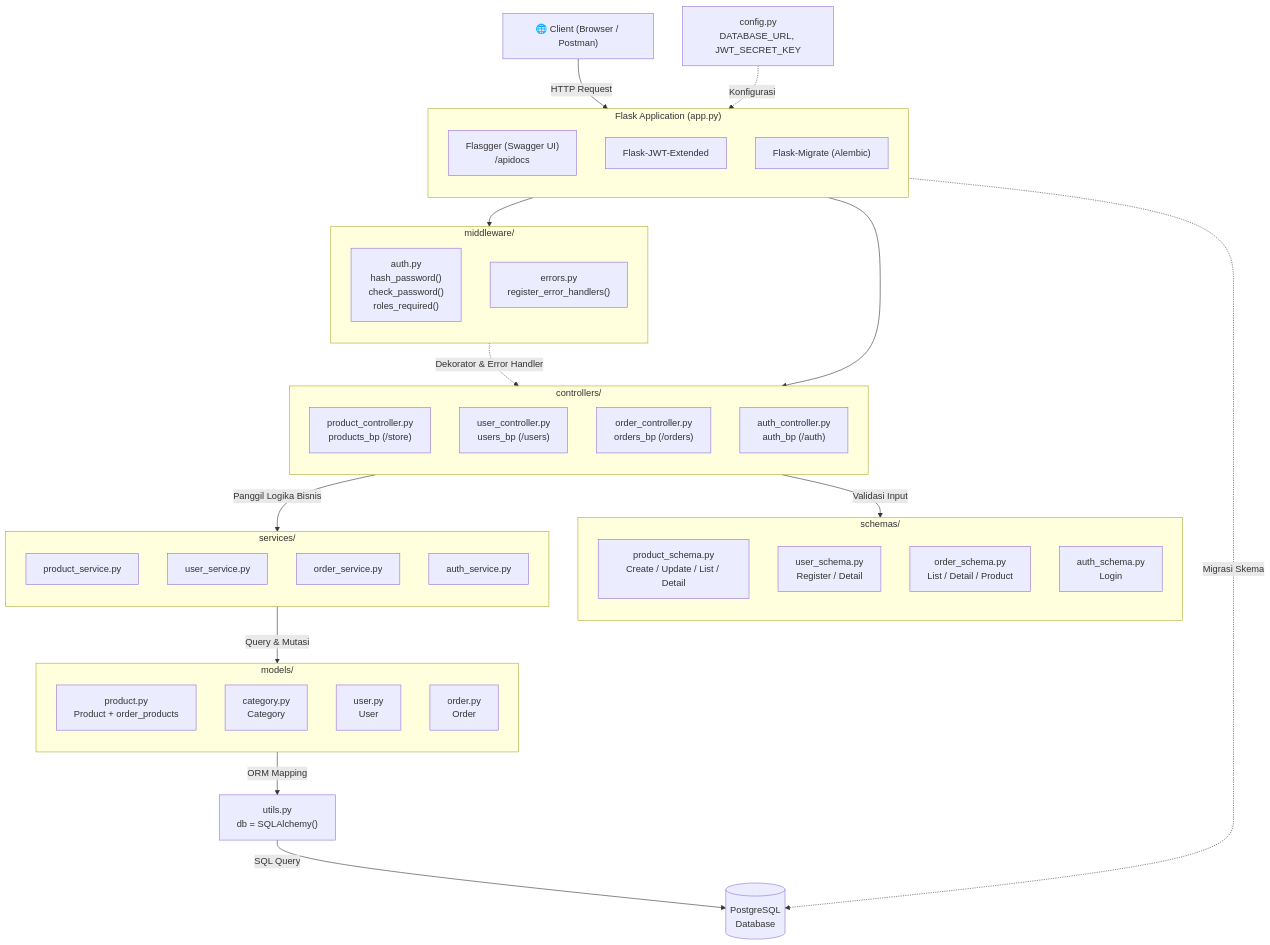
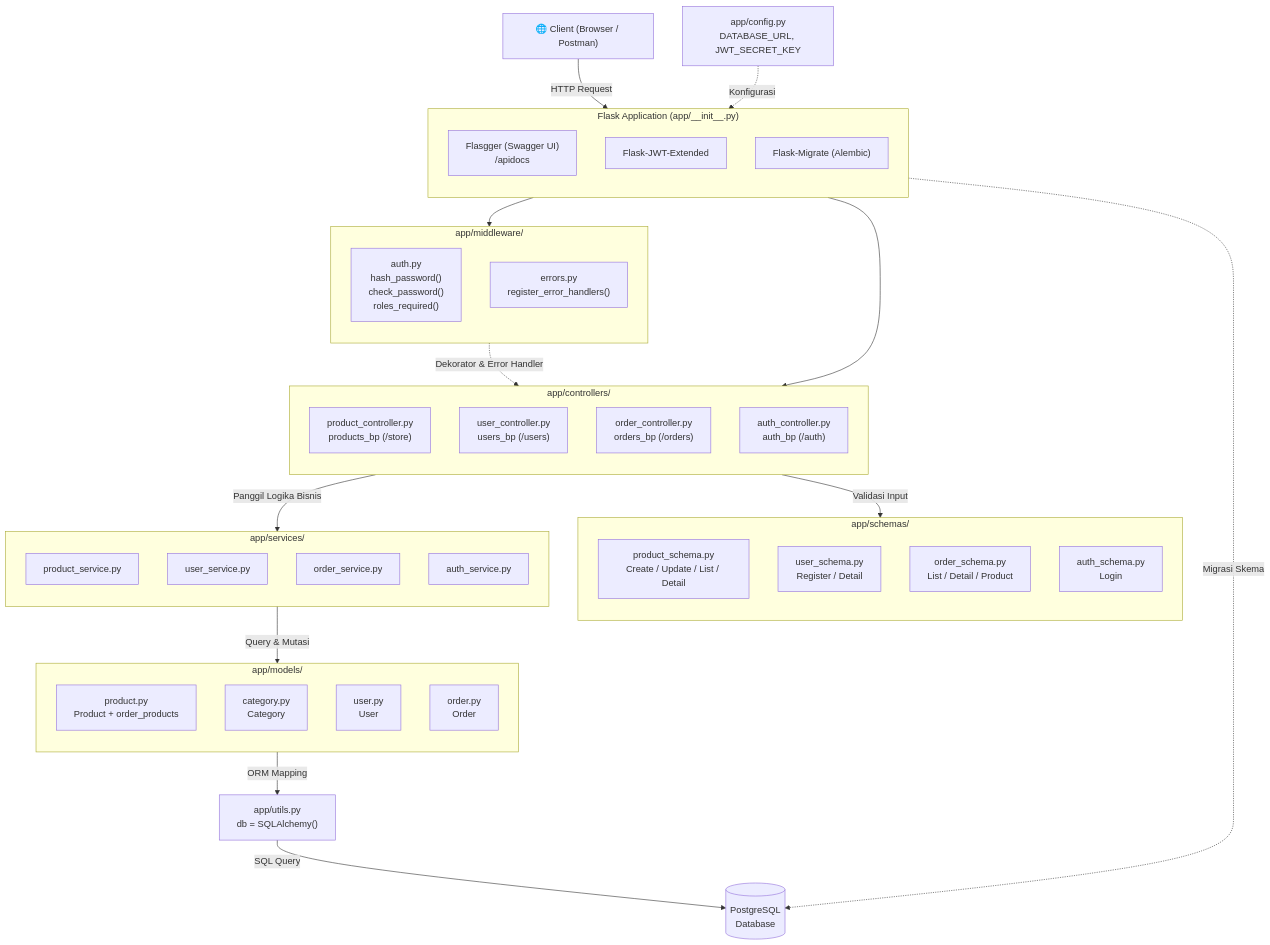
Before and after one commit to dre21/sample-python-flask: the diagram in doc/architecture.md, drawn with Mermaid. The commit also changed other lines of this file and 10 other files, not shown here.

Commit message:
doc: update all documentation after moving flask app files into app folder

````diff
--- a/doc/architecture.md
+++ b/doc/architecture.md
@@ -5,82 +5,82 @@
 ```mermaid
 graph TD
     %% Client Layer
     Client["🌐 Client (Browser / Postman)"]
 
     %% Flask App Layer
-    subgraph App["Flask Application (app.py)"]
+    subgraph App["Flask Application (app/__init__.py)"]
         direction TB
         Swagger["Flasgger (Swagger UI)<br>/apidocs"]
         JWT["Flask-JWT-Extended"]
         Migrate["Flask-Migrate (Alembic)"]
     end
 
     %% Middleware Layer
-    subgraph Middleware["middleware/"]
+    subgraph Middleware["app/middleware/"]
         direction TB
         Auth["auth.py<br>hash_password()<br>check_password()<br>roles_required()"]
         Errors["errors.py<br>register_error_handlers()"]
     end
 
     %% Controller Layer
-    subgraph Controllers["controllers/"]
+    subgraph Controllers["app/controllers/"]
         direction TB
         ProductCtrl["product_controller.py<br>products_bp (/store)"]
         UserCtrl["user_controller.py<br>users_bp (/users)"]
         OrderCtrl["order_controller.py<br>orders_bp (/orders)"]
         AuthCtrl["auth_controller.py<br>auth_bp (/auth)"]
     end
 
     %% Schema Layer
-    subgraph Schemas["schemas/"]
+    subgraph Schemas["app/schemas/"]
         direction TB
         ProductSchema["product_schema.py<br>Create / Update / List / Detail"]
         UserSchema["user_schema.py<br>Register / Detail"]
         OrderSchema["order_schema.py<br>List / Detail / Product"]
         AuthSchema["auth_schema.py<br>Login"]
     end
 
     %% Service Layer
-    subgraph Services["services/"]
+    subgraph Services["app/services/"]
         direction TB
         ProductSvc["product_service.py"]
         UserSvc["user_service.py"]
         OrderSvc["order_service.py"]
         AuthSvc["auth_service.py"]
     end
 
     %% Model Layer
-    subgraph Models["models/"]
+    subgraph Models["app/models/"]
         direction TB
         ProductModel["product.py<br>Product + order_products"]
         CategoryModel["category.py<br>Category"]
         UserModel["user.py<br>User"]
         OrderModel["order.py<br>Order"]
     end
 
     %% Database
     DB[("PostgreSQL<br>Database")]
 
     %% Utils
-    Utils["utils.py<br>db = SQLAlchemy()"]
+    Utils["app/utils.py<br>db = SQLAlchemy()"]
 
     %% Config
-    Config["config.py<br>DATABASE_URL, JWT_SECRET_KEY"]
+    Config["app/config.py<br>DATABASE_URL, JWT_SECRET_KEY"]
 
     %% Connections
     Client -->|"HTTP Request"| App
     App --> Middleware
     App --> Controllers
 
     Middleware -.->|"Dekorator & Error Handler"| Controllers
 
     Controllers -->|"Validasi Input"| Schemas
     Controllers -->|"Panggil Logika Bisnis"| Services
 
     Services -->|"Query & Mutasi"| Models
     Models -->|"ORM Mapping"| Utils
     Utils -->|"SQL Query"| DB
 
     Config -.->|"Konfigurasi"| App
     Migrate -.->|"Migrasi Skema"| DB
 ```
````
